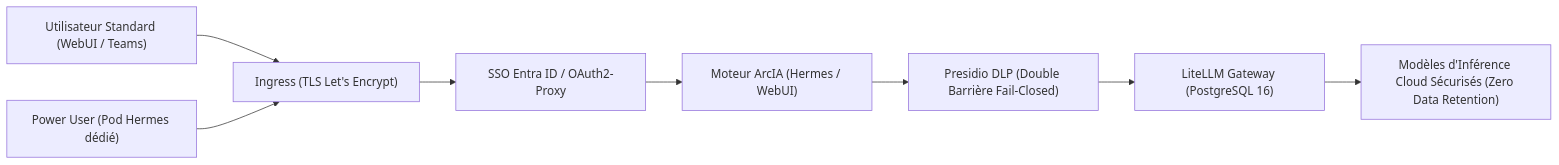
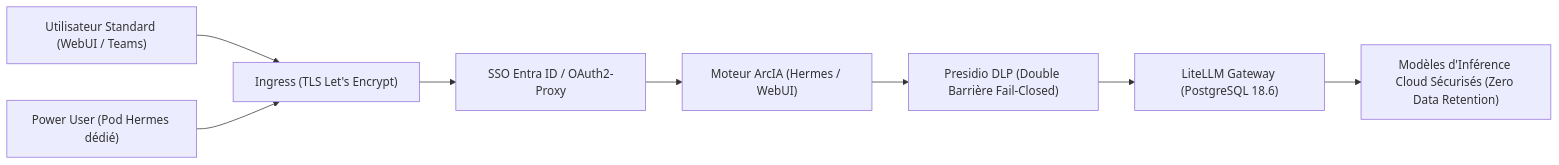
Before and after one commit to nicolastheuil/ArcIA: the diagram in docs/guides/securite.md, drawn with Mermaid. The commit also changed other lines of this file and 83 other files, not shown here.

````diff
--- a/docs/guides/securite.md
+++ b/docs/guides/securite.md
@@ -26,10 +26,10 @@
 ```mermaid
 flowchart LR
     A["Utilisateur Standard (WebUI / Teams)"] --> B["Ingress (TLS Let's Encrypt)"]
     P["Power User (Pod Hermes dédié)"] --> B
     B --> C["SSO Entra ID / OAuth2-Proxy"]
     C --> D["Moteur ArcIA (Hermes / WebUI)"]
     D --> E["Presidio DLP (Double Barrière Fail-Closed)"]
-    E --> F["LiteLLM Gateway (PostgreSQL 16)"]
+    E --> F["LiteLLM Gateway (PostgreSQL 18.6)"]
     F --> G["Modèles d'Inférence Cloud Sécurisés (Zero Data Retention)"]
 ```
````
